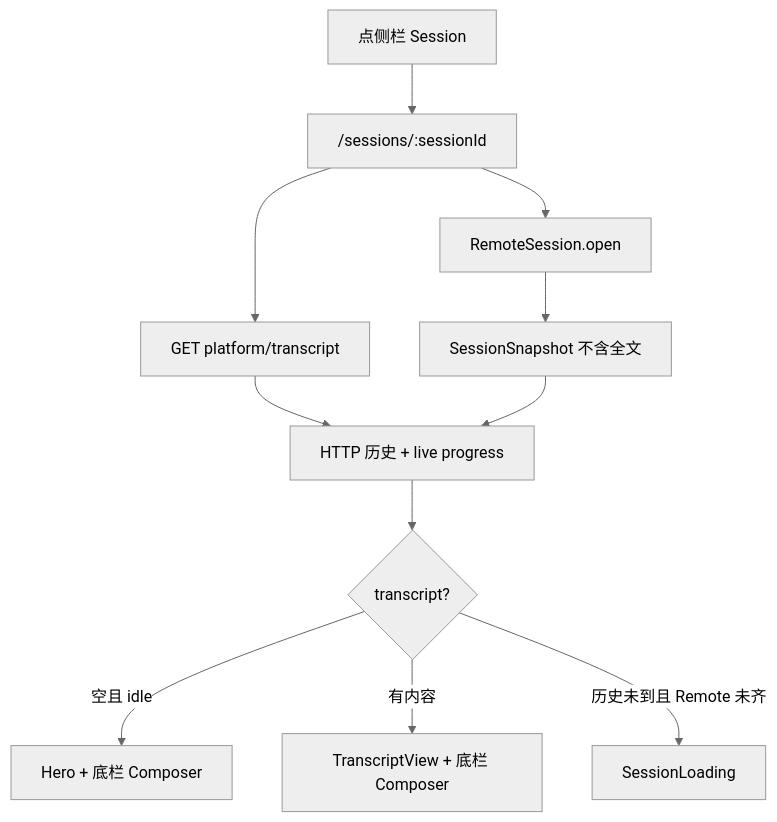
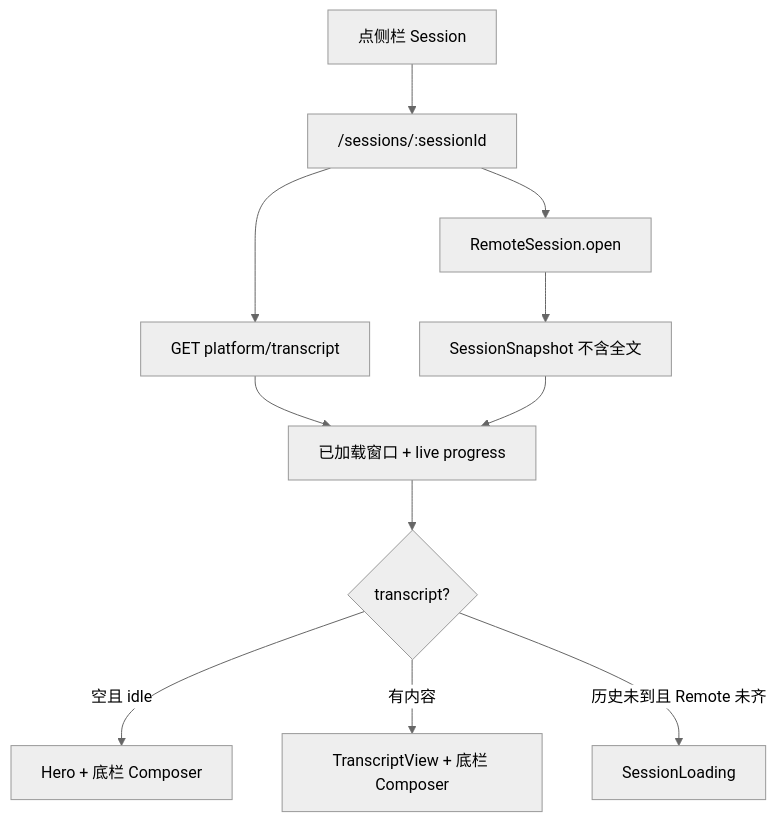
Before and after one commit to minuque/pig: the fifth of 8 diagrams in JOURNEYS.md, drawn with Mermaid (neutral theme). The commit also changed other lines of this file and 5 other files, not shown here.

````diff
--- a/JOURNEYS.md
+++ b/JOURNEYS.md
@@ -79,13 +79,13 @@
 ```mermaid
 flowchart TB
   Click["点侧栏 Session"] --> Route["/sessions/:sessionId"]
   Route --> Hist["GET platform/transcript"]
   Route --> Open["RemoteSession.open"]
   Open --> Snap["SessionSnapshot 不含全文"]
-  Hist --> Merge["HTTP 历史 + live progress"]
+  Hist --> Merge["已加载窗口 + live progress"]
   Snap --> Merge
   Merge --> View{"transcript?"}
   View -->|空且 idle| Idle["Hero + 底栏 Composer"]
   View -->|有内容| Timeline["TranscriptView + 底栏 Composer"]
   View -->|历史未到且 Remote 未齐| Loading["SessionLoading"]
 ```
````
